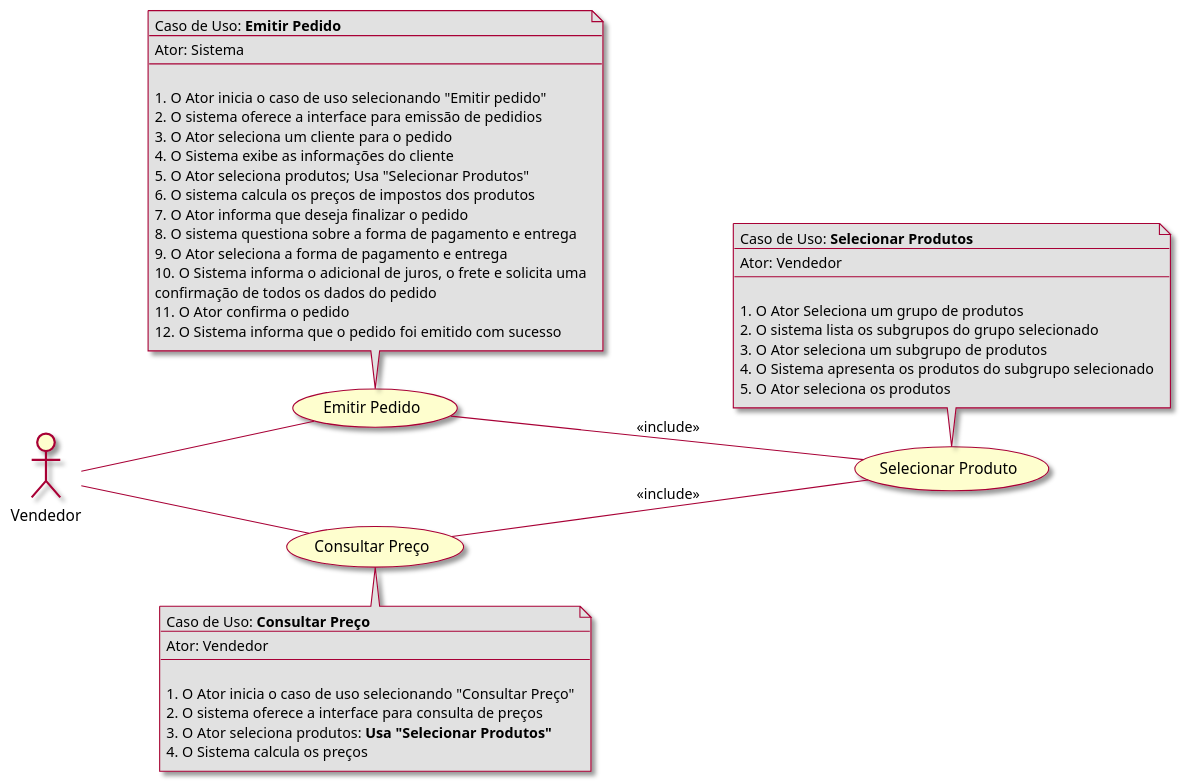
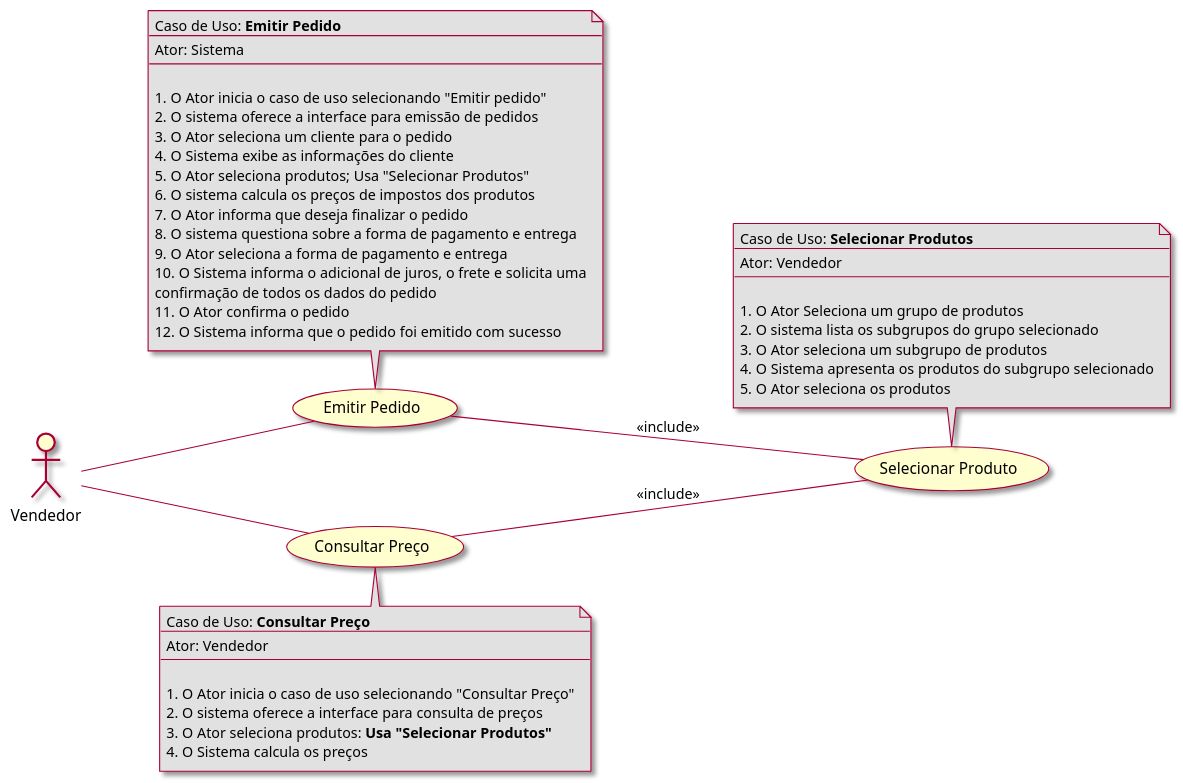
One commit to FabioFlorencio/plantUML changed the diagram in diagramas/caso-de-uso/4-exemplo.plantuml. Above: the diagram before and after it, drawn with PlantUML. The commit also changed 4 other files, not shown here.

Commit message:
docs(readme/diagramas) Inclusao do gif com os principais diagramas

```diff
--- a/diagramas/caso-de-uso/4-exemplo.plantuml
+++ b/diagramas/caso-de-uso/4-exemplo.plantuml
@@ -1,70 +1,70 @@
 @startuml
 
 ' Estilo
 skin rose
 
 actor Vendedor
 (Emitir Pedido) as emitirPedido
 (Consultar Preço) as consultarPreco
 (Selecionar Produto) as selecionarProduto
 
 note left of selecionarProduto {
   Caso de Uso: **Selecionar Produtos**
   ----
   Ator: Vendedor
   ----
   
   # O Ator Seleciona um grupo de produtos
   # O sistema lista os subgrupos do grupo selecionado
   # O Ator seleciona um subgrupo de produtos
   # O Sistema apresenta os produtos do subgrupo selecionado
   # O Ator seleciona os produtos
 }
 note left of emitirPedido {
   Caso de Uso: **Emitir Pedido**
   ----
   Ator: Sistema
   ----
   
   # O Ator inicia o caso de uso selecionando "Emitir pedido" 
-  # O sistema oferece a interface para emissão de pedidios
+  # O sistema oferece a interface para emissão de pedidos
   # O Ator seleciona um cliente para o pedido
   # O Sistema exibe as informações do cliente
   # O Ator seleciona produtos; Usa "Selecionar Produtos"
   # O sistema calcula os preços de impostos dos produtos
   # O Ator informa que deseja finalizar o pedido
   # O sistema questiona sobre a forma de pagamento e entrega
   # O Ator seleciona a forma de pagamento e entrega
   # O Sistema informa o adicional de juros, o frete e solicita uma
   confirmação de todos os dados do pedido
   # O Ator confirma o pedido
   # O Sistema informa que o pedido foi emitido com sucesso
 }
 note right of consultarPreco {
   Caso de Uso: **Consultar Preço**
   ----
   Ator: Vendedor
   ----
   
   # O Ator inicia o caso de uso selecionando "Consultar Preço"
   # O sistema oferece a interface para consulta de preços
   # O Ator seleciona produtos: **Usa "Selecionar Produtos"**
   # O Sistema calcula os preços
 }
 
 ' Estilo
 skinparam note {
   backgroundColor e1e1e1
 }
 
 left to right direction 
 
 ''=========================  RELACOES  ==================================
 
 Vendedor -- emitirPedido
 emitirPedido -r[hidden]- consultarPreco : \n\n
 Vendedor -- consultarPreco
 emitirPedido -- selecionarProduto : <<include>>
 consultarPreco -- selecionarProduto : <<include>>
 
 @enduml
```
